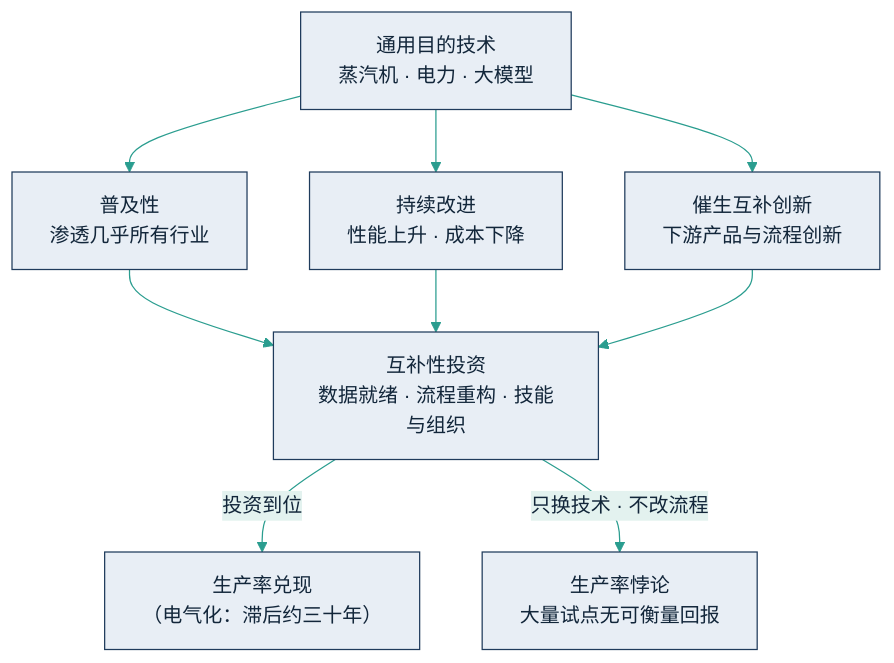
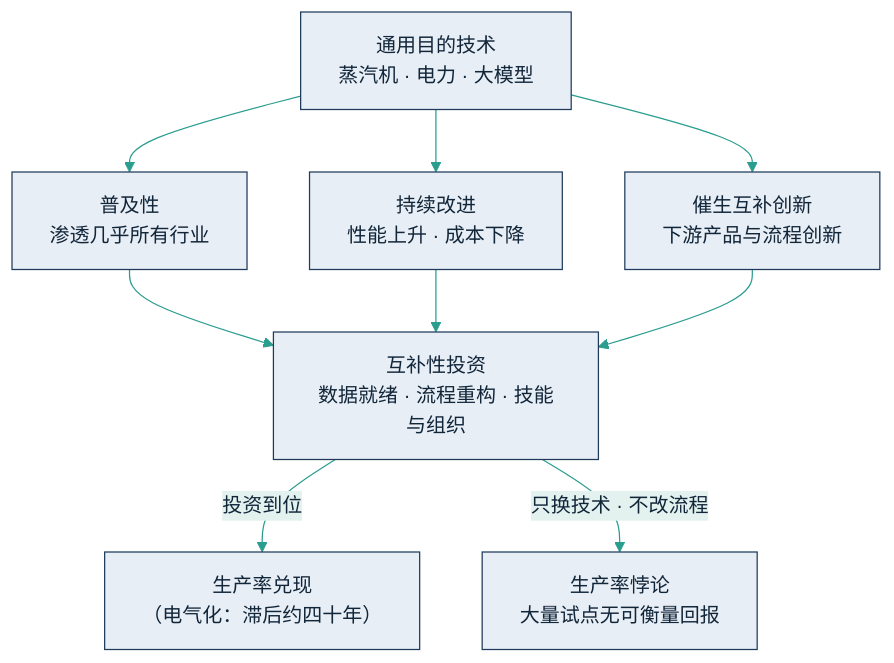
Before and after one commit to yeasy/ai_for_business_school: the diagram in 01_essence/1.2_llm_base.md, drawn with Mermaid. The commit also changed other lines of this file and 20 other files, not shown here.

````diff
--- a/01_essence/1.2_llm_base.md
+++ b/01_essence/1.2_llm_base.md
@@ -22,12 +22,12 @@
 ```mermaid
 %%{init: {"theme":"base","themeVariables":{"primaryColor":"#e8eef5","primaryBorderColor":"#1f3b5c","primaryTextColor":"#12263a","secondaryColor":"#e3f2ef","tertiaryColor":"#f7ecd4","lineColor":"#2a9d8f","fontFamily":"PingFang SC,Hiragino Sans GB,Microsoft YaHei,sans-serif"}}}%%
 flowchart TD
     G["通用目的技术<br/>蒸汽机 · 电力 · 大模型"] --> F1["普及性<br/>渗透几乎所有行业"]
     G --> F2["持续改进<br/>性能上升 · 成本下降"]
     G --> F3["催生互补创新<br/>下游产品与流程创新"]
     F1 --> I["互补性投资<br/>数据就绪 · 流程重构 · 技能与组织"]
     F2 --> I
     F3 --> I
-    I -->|"投资到位"| Y["生产率兑现<br/>（电气化：滞后约三十年）"]
+    I -->|"投资到位"| Y["生产率兑现<br/>（电气化：滞后约四十年）"]
     I -->|"只换技术 · 不改流程"| N["生产率悖论<br/>大量试点无可衡量回报"]
 ```
````
